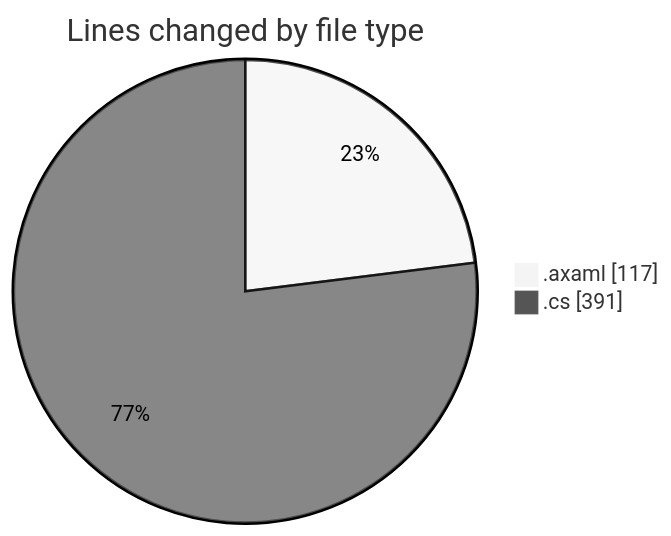
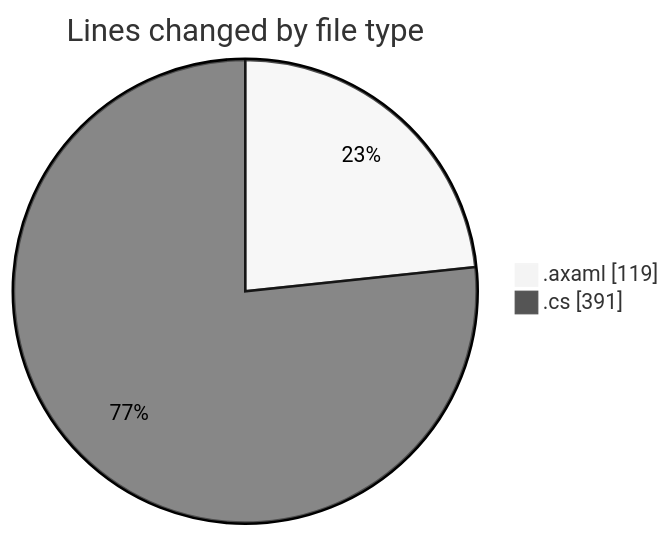
The first of 2 diagrams in 2025-10-29/skintrack/README.md (Netris89/code-tracking), drawn with Mermaid (neutral theme) before and after one commit. The commit also changed other lines of this file and 1 other file, not shown here.

````diff
--- a/2025-10-29/skintrack/README.md
+++ b/2025-10-29/skintrack/README.md
@@ -36,6 +36,6 @@
 ```mermaid
 pie showData
 title Lines changed by file type
-".axaml" : 117
+".axaml" : 119
 ".cs" : 391
 ```
````
